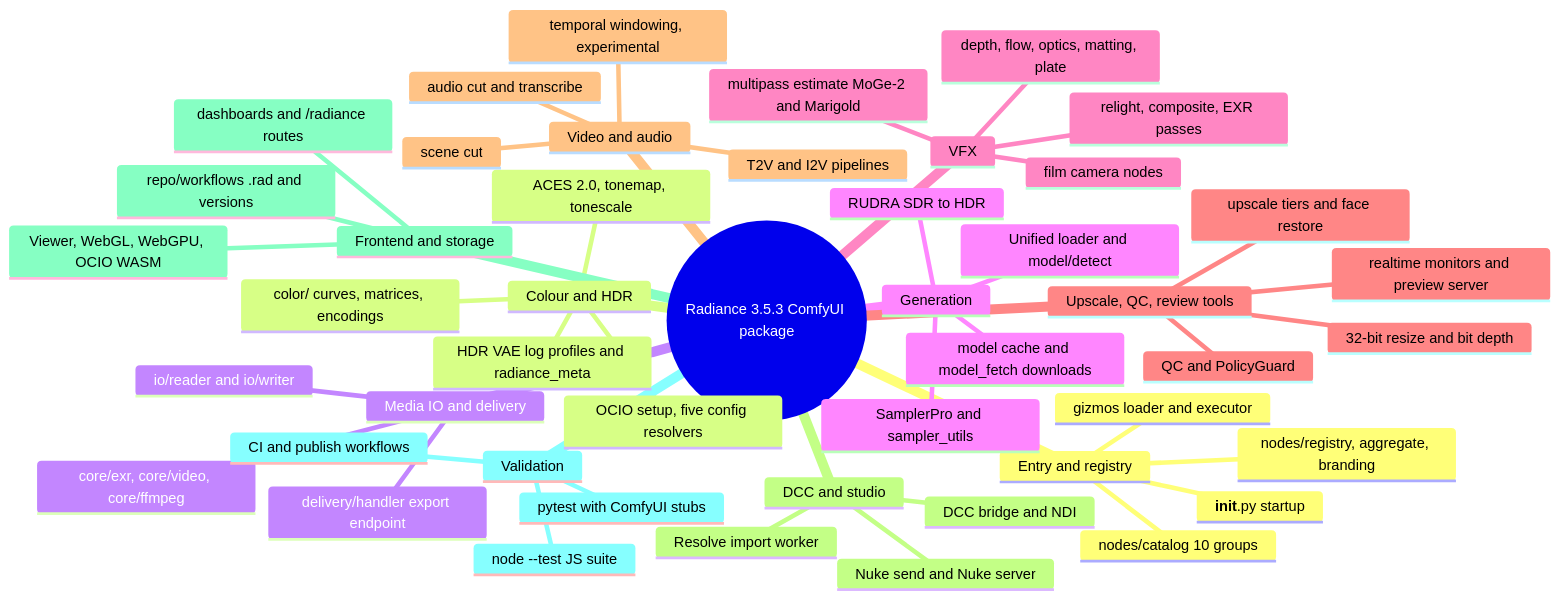
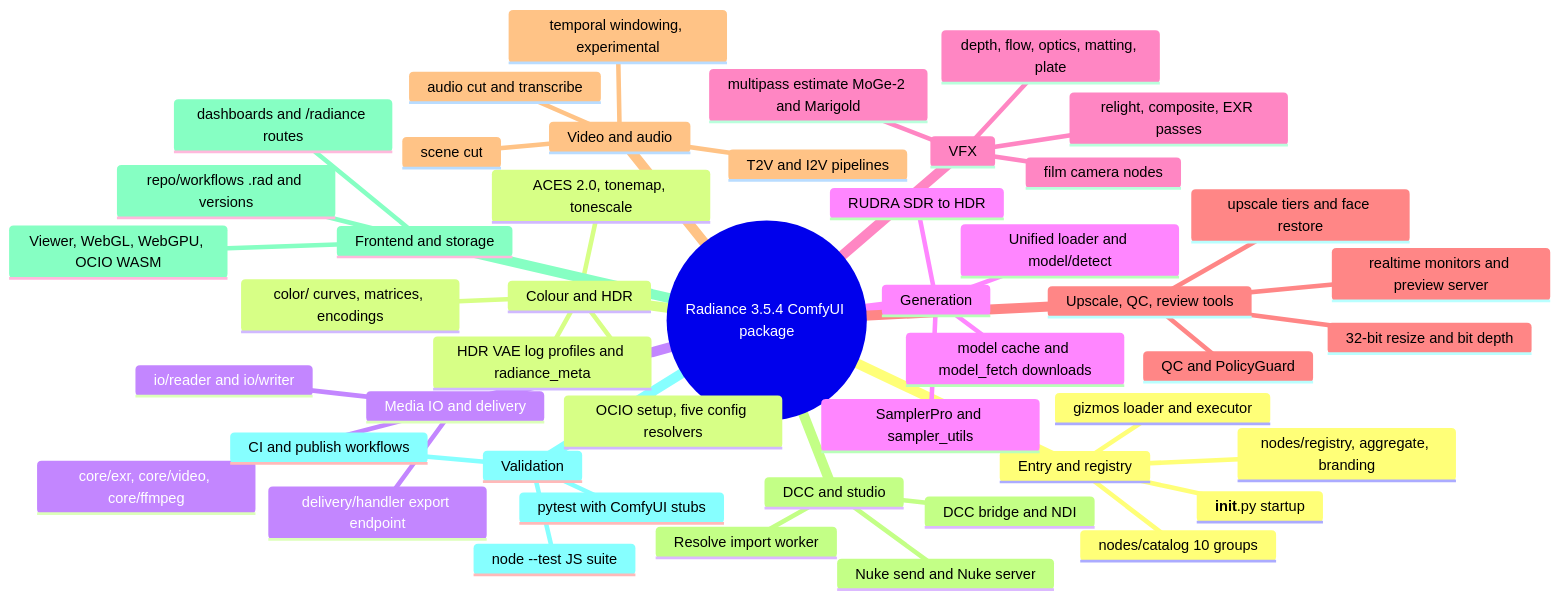
The diagram in docs/ai/diagrams/project-mindmap.mmd (FXTD-Studios/radiance), drawn with Mermaid before and after one commit. The commit also changed 3 other files, not shown here.

```diff
--- a/docs/ai/diagrams/project-mindmap.mmd
+++ b/docs/ai/diagrams/project-mindmap.mmd
@@ -1,50 +1,50 @@
 %% project-mapper:generated, static-analysis map (not a runtime trace), revision 7376f9e
 %% Hierarchy only, not control flow. Node counts live in subsystems/registry.md.
 mindmap
-  root((Radiance 3.5.3 ComfyUI package))
+  root((Radiance 3.5.4 ComfyUI package))
     Entry and registry
       __init__.py startup
       nodes/catalog 10 groups
       nodes/registry, aggregate, branding
       gizmos loader and executor
     Colour and HDR
       color/ curves, matrices, encodings
       OCIO setup, five config resolvers
       ACES 2.0, tonemap, tonescale
       HDR VAE log profiles and radiance_meta
     Media IO and delivery
       io/reader and io/writer
       core/exr, core/video, core/ffmpeg
       delivery/handler export endpoint
     Generation
       Unified loader and model/detect
       SamplerPro and sampler_utils
       model cache and model_fetch downloads
       RUDRA SDR to HDR
     VFX
       depth, flow, optics, matting, plate
       multipass estimate MoGe-2 and Marigold
       relight, composite, EXR passes
       film camera nodes
     Upscale, QC, review tools
       upscale tiers and face restore
       32-bit resize and bit depth
       QC and PolicyGuard
       realtime monitors and preview server
     Video and audio
       T2V and I2V pipelines
       temporal windowing, experimental
       scene cut
       audio cut and transcribe
     DCC and studio
       Nuke send and Nuke server
       Resolve import worker
       DCC bridge and NDI
     Frontend and storage
       Viewer, WebGL, WebGPU, OCIO WASM
       dashboards and /radiance routes
       repo/workflows .rad and versions
     Validation
       pytest with ComfyUI stubs
       node --test JS suite
       CI and publish workflows
```
